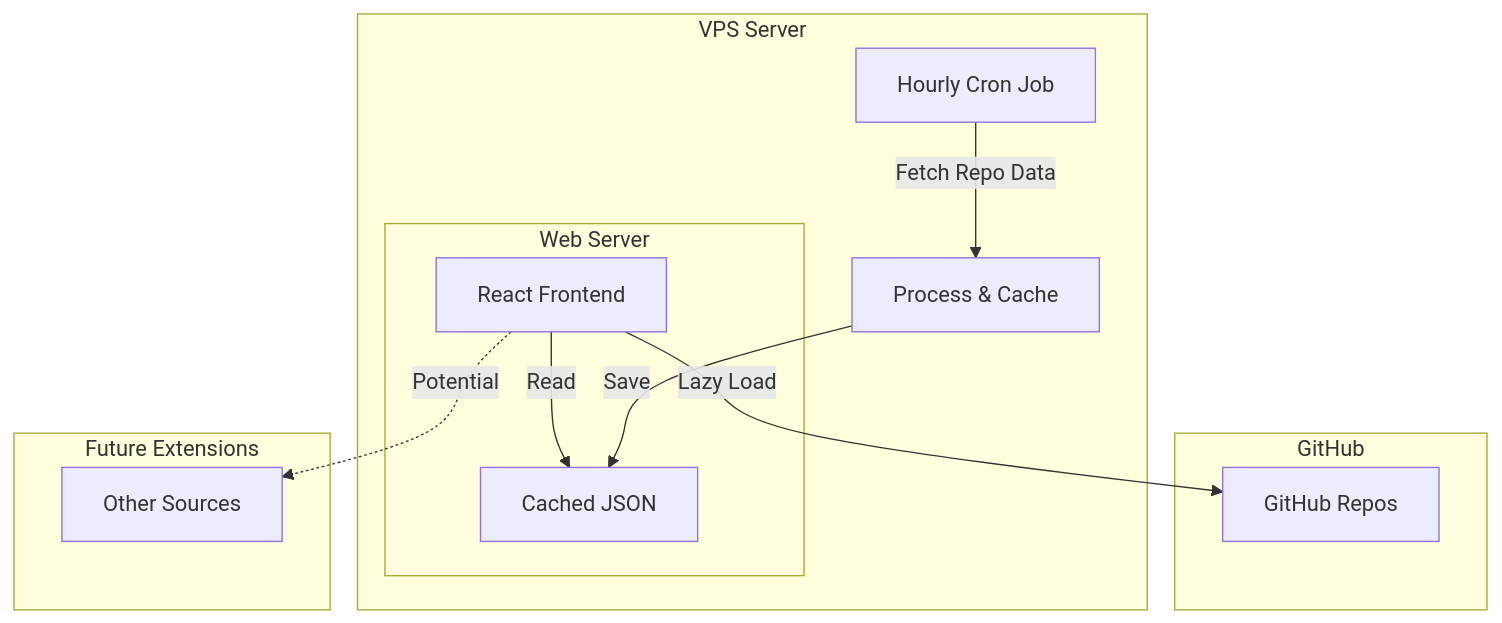
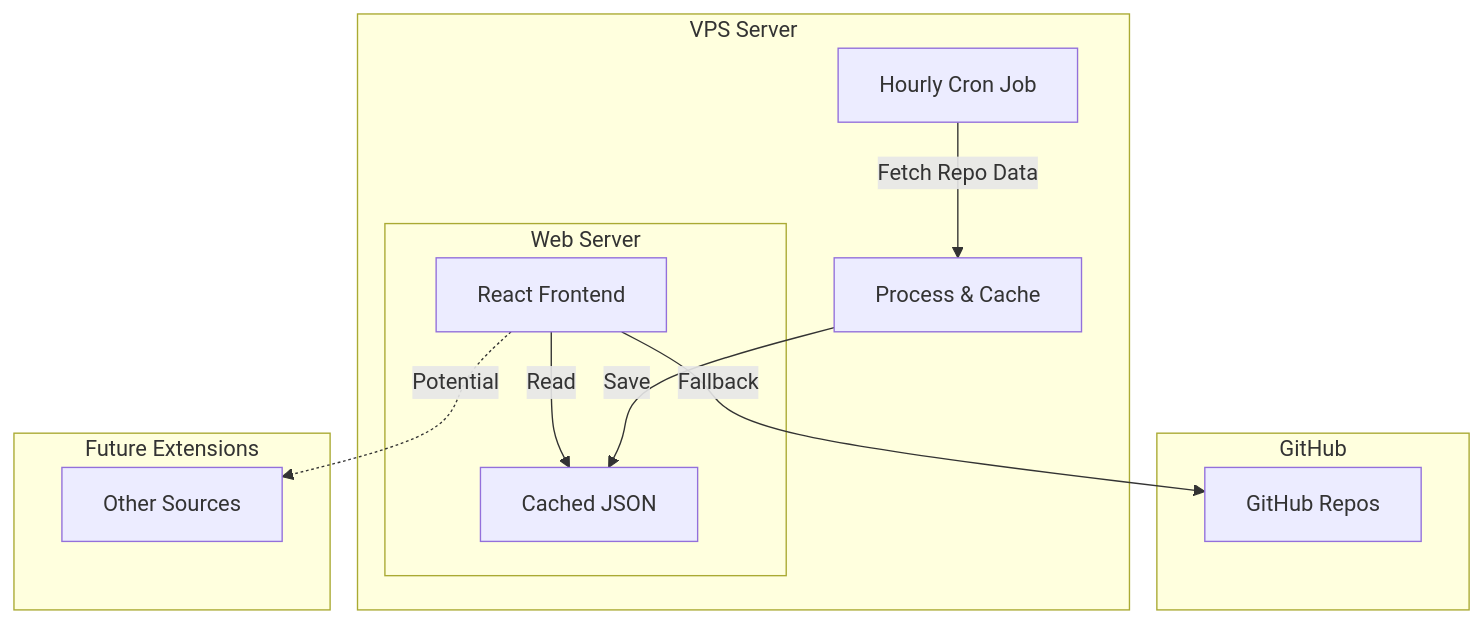
Before and after one commit to matthewabbott/personal-kb: the diagram in README.md, drawn with Mermaid. The commit also changed 2 other files, not shown here.

Commit message:
Add language stats

````diff
--- a/README.md
+++ b/README.md
@@ -7,19 +7,19 @@
 ```mermaid
 flowchart TD
     subgraph GitHub
         GH[GitHub Repos]
     end
 
     subgraph "VPS Server"
         CRON[Hourly Cron Job] --> |Fetch Repo Data| P[Process & Cache]
         P --> |Save| C[Cached JSON]
         subgraph "Web Server"
             FE[React Frontend] --> |Read| C
-            FE --> |Lazy Load| GH
+            FE --> |Fallback| GH
         end
     end
 
     subgraph "Future Extensions"
         FE -.-> |Potential| OT[Other Sources]
     end
 ```
````
